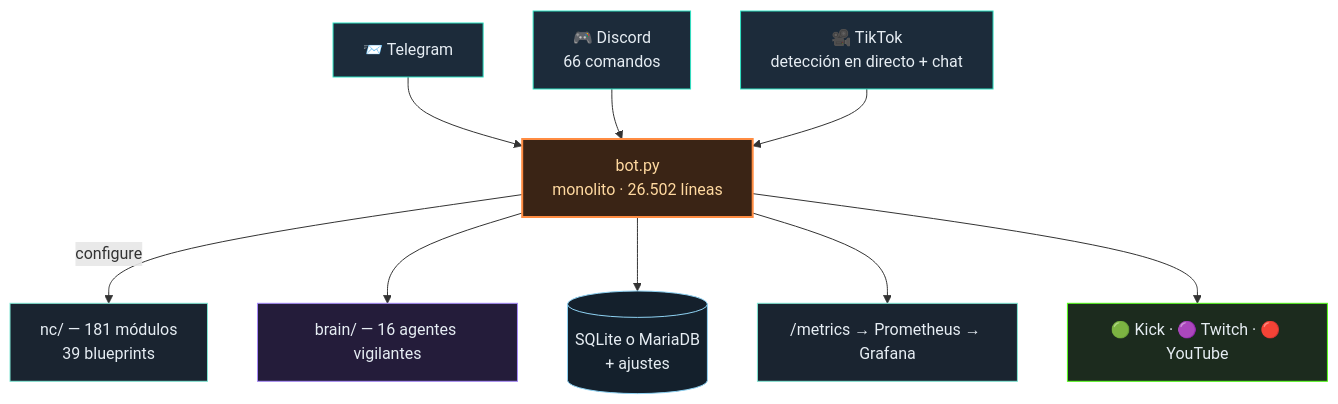
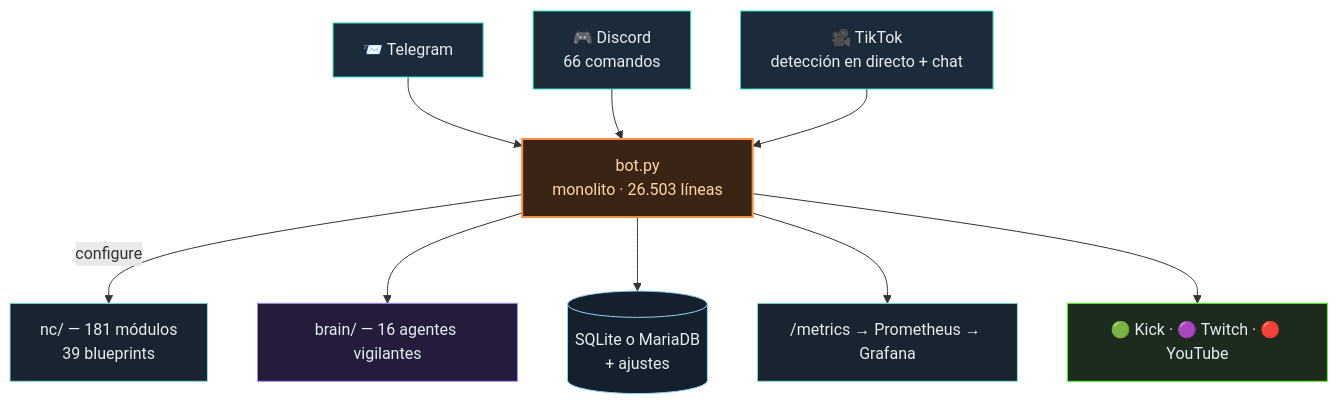
Before and after one commit to itsamemedev/Telegram-Stream-Info-Bot: the diagram in README.es.md, drawn with Mermaid. The commit also changed 8 other files, not shown here.

````diff
--- a/README.es.md
+++ b/README.es.md
@@ -64,18 +64,18 @@
 ```mermaid
 flowchart TB
     TG["📨 Telegram"]:::ein --> BOT
     DC["🎮 Discord<br/>66 comandos"]:::ein --> BOT
     TT["🎥 TikTok<br/>detección en directo + chat"]:::ein --> BOT
-    BOT["bot.py<br/>monolito · 26.502 líneas"]:::core
+    BOT["bot.py<br/>monolito · 26.503 líneas"]:::core
     BOT -->|configure| NC["nc/ — 181 módulos<br/>39 blueprints"]:::lib
     BOT --> BRAIN["brain/ — 16 agentes vigilantes"]:::brain
     BOT --> DB[("SQLite o MariaDB<br/>+ ajustes")]:::db
     BOT --> PROM["/metrics → Prometheus → Grafana"]:::lib
     BOT --> OUT["🟢 Kick · 🟣 Twitch · 🔴 YouTube"]:::out
     classDef ein fill:#1c2b3a,stroke:#2de1c2,color:#e6edf3
     classDef core fill:#3a2415,stroke:#ff8c42,stroke-width:2px,color:#ffd9a0
     classDef lib fill:#1a2430,stroke:#7fe7d4,color:#e6edf3
     classDef brain fill:#241c3a,stroke:#a78bfa,color:#e6edf3
     classDef db fill:#14202c,stroke:#8fd3f4,color:#e6edf3
     classDef out fill:#1c2b1e,stroke:#53fc18,color:#e6edf3
 ```
````
